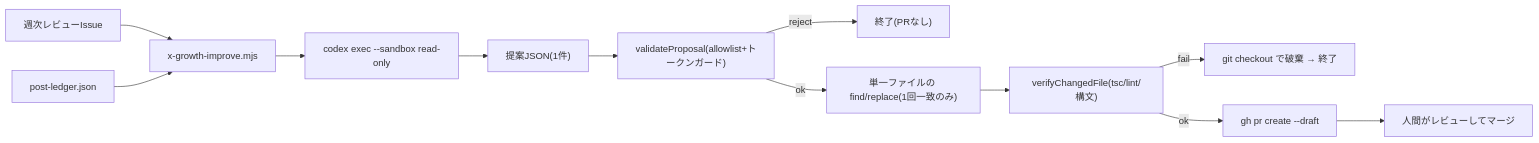
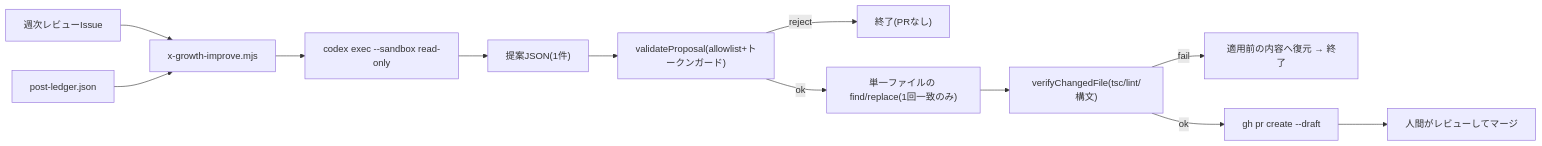
The diagram in docs/system-design/subsystems/x-growth-improve-agent.md (FukaseDaichi/nazomatic), drawn with Mermaid before and after one commit. The commit also changed other lines of this file and 9 other files, not shown here.

````diff
--- a/docs/system-design/subsystems/x-growth-improve-agent.md
+++ b/docs/system-design/subsystems/x-growth-improve-agent.md
@@ -13,14 +13,14 @@
 ```mermaid
 flowchart LR
   review["週次レビューIssue"] --> agent["x-growth-improve.mjs"]
   ledger["post-ledger.json"] --> agent
   agent --> codex["codex exec --sandbox read-only"]
   codex --> proposal["提案JSON(1件)"]
   proposal --> validate["validateProposal(allowlist+トークンガード)"]
   validate -->|reject| stop["終了(PRなし)"]
   validate -->|ok| apply["単一ファイルの find/replace(1回一致のみ)"]
   apply --> verify["verifyChangedFile(tsc/lint/構文)"]
-  verify -->|fail| revert["git checkout で破棄 → 終了"]
+  verify -->|fail| revert["適用前の内容へ復元 → 終了"]
   verify -->|ok| pr["gh pr create --draft"]
   pr --> human["人間がレビューしてマージ"]
 ```
````
